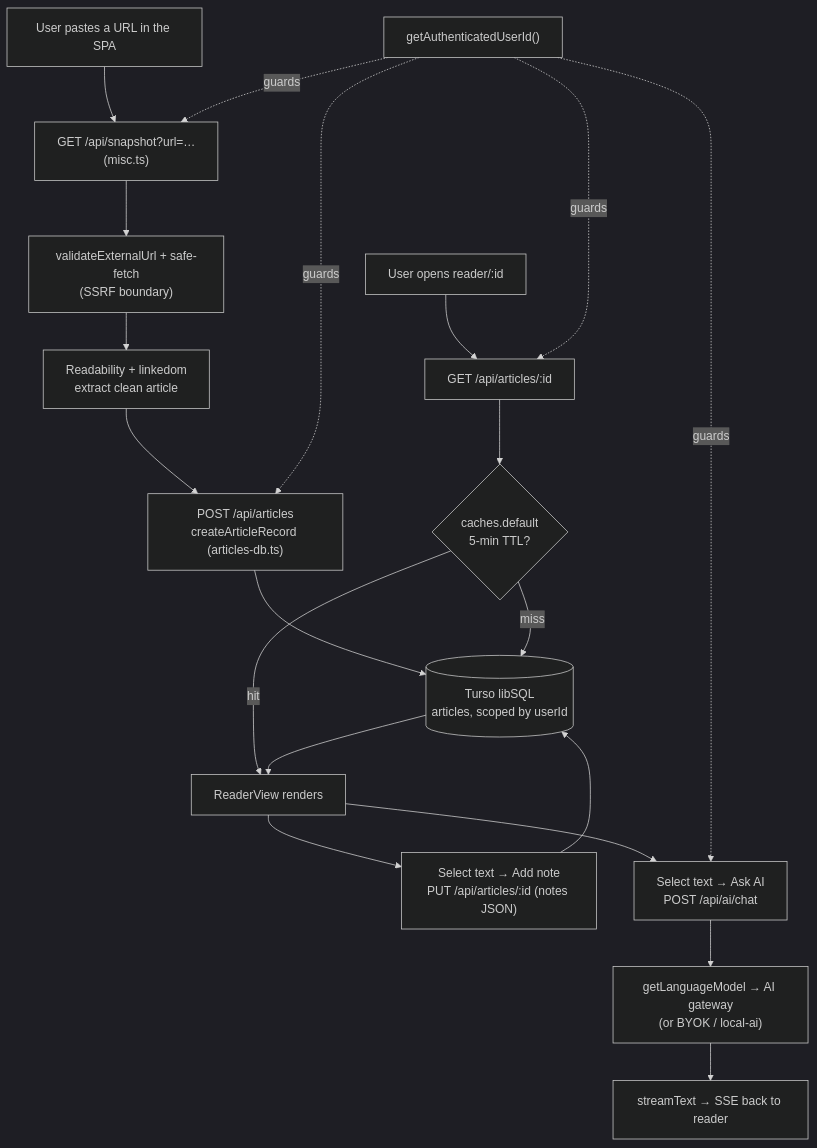
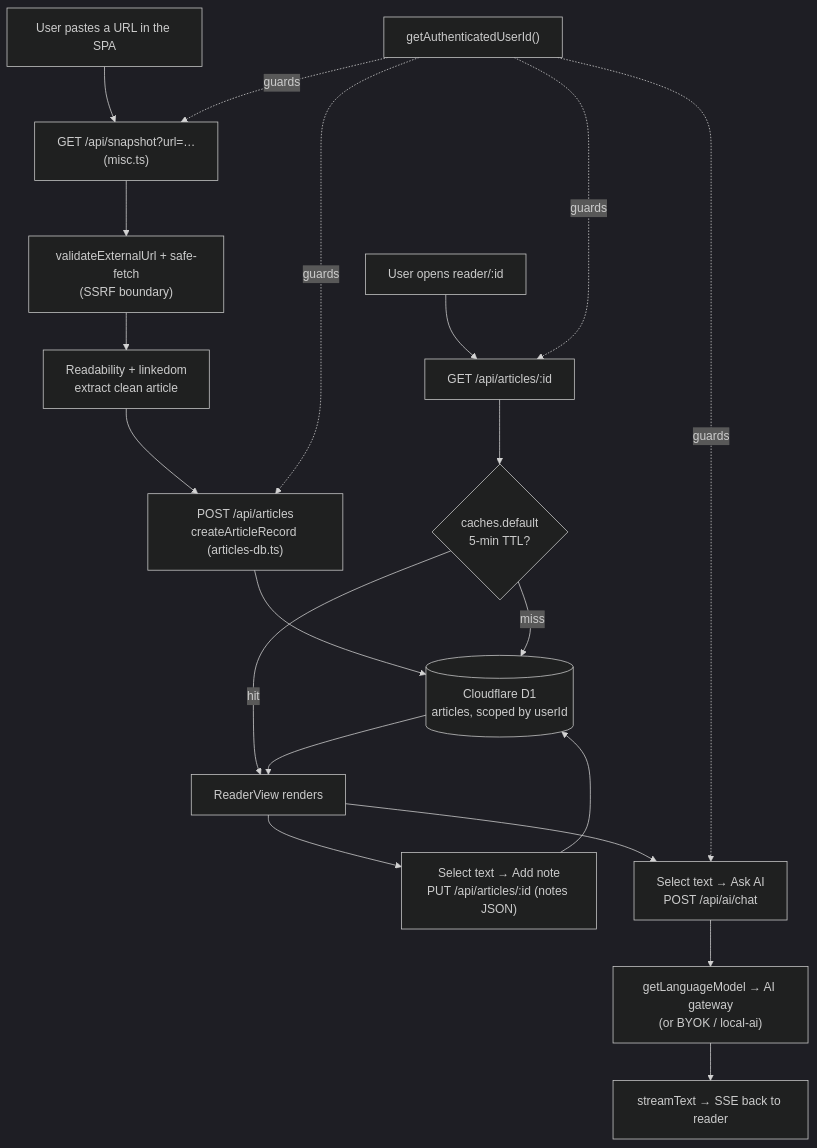
The diagram in docs/architecture/how-it-works.md (Significant-Hobbies/reader), drawn with Mermaid (dark theme) before and after one commit. The commit also changed other lines of this file and 34 other files, not shown here.

````diff
--- a/docs/architecture/how-it-works.md
+++ b/docs/architecture/how-it-works.md
@@ -69,23 +69,23 @@
 ```mermaid
 flowchart TD
     U[User pastes a URL in the SPA] --> SNAP["GET /api/snapshot?url=…<br/>(misc.ts)"]
     SNAP --> SF["validateExternalUrl + safe-fetch<br/>(SSRF boundary)"]
     SF --> READ["Readability + linkedom<br/>extract clean article"]
     READ --> SAVE["POST /api/articles<br/>createArticleRecord (articles-db.ts)"]
-    SAVE --> DB[(Turso libSQL<br/>articles, scoped by userId)]
+    SAVE --> DB[(Cloudflare D1<br/>articles, scoped by userId)]
     U2[User opens reader/:id] --> GET["GET /api/articles/:id"]
     GET --> CACHE{"caches.default<br/>5-min TTL?"}
     CACHE -->|hit| RENDER[ReaderView renders]
     CACHE -->|miss| DB
     DB --> RENDER
     RENDER --> NOTE["Select text → Add note<br/>PUT /api/articles/:id (notes JSON)"]
     NOTE --> DB
     RENDER --> ASK["Select text → Ask AI<br/>POST /api/ai/chat"]
     ASK --> GW["getLanguageModel → AI gateway<br/>(or BYOK / local-ai)"]
     GW --> STREAM["streamText → SSE back to reader"]
 
     AUTH["getAuthenticatedUserId()"] -.guards.-> SNAP
     AUTH -.guards.-> SAVE
     AUTH -.guards.-> GET
     AUTH -.guards.-> ASK
 ```
````
